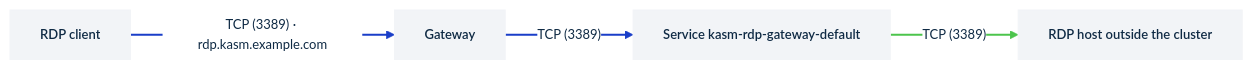
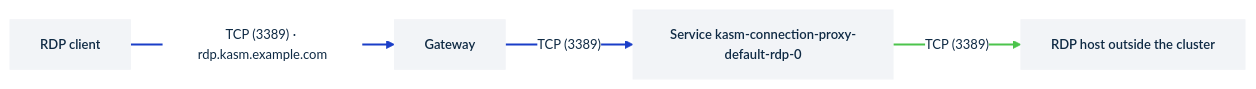
The diagram in docs/how-to/networking/gateway-api-tcproute.md (kasmtech/kasm-helm), drawn with Mermaid before and after one commit. The commit also changed other lines of this file and 6 other files, not shown here.

First line of the commit message:
Docs: follow the connection-proxy consolidation

````diff
--- a/docs/how-to/networking/gateway-api-tcproute.md
+++ b/docs/how-to/networking/gateway-api-tcproute.md
@@ -13,14 +13,14 @@
 ```mermaid
 %%{init: {"theme":"base","themeVariables":{"background":"#ffffff","primaryColor":"#f2f4f7","primaryBorderColor":"#f2f4f7","primaryTextColor":"#0f2a44","lineColor":"#0f2a44","clusterBkg":"#ffffff","clusterBorder":"#4a4a4a","edgeLabelBackground":"#ffffff","fontFamily":"Montserrat, Helvetica, Arial, sans-serif","fontSize":"13px"},"flowchart":{"curve":"linear","htmlLabels":true,"nodeSpacing":36,"rankSpacing":64}}}%%
 flowchart LR
   rdp["RDP client"]:::card
   gw["Gateway"]:::card
-  rdpgw["Service kasm-rdp-gateway-default"]:::card
+  rdpgw["Service kasm-connection-proxy-default-rdp-0"]:::card
   host["RDP host outside the cluster"]:::card
   rdp -->|"TCP (3389) · rdp.kasm.example.com"| gw
   gw -->|"TCP (3389)"| rdpgw
   rdpgw -->|"TCP (3389)"| host
   classDef card fill:#f2f4f7,stroke:#f2f4f7,color:#0f2a44,font-weight:600
   linkStyle 0,1 stroke:#1a3ec8,stroke-width:2px
   linkStyle 2 stroke:#4cc44c,stroke-width:2px
 ```
````
